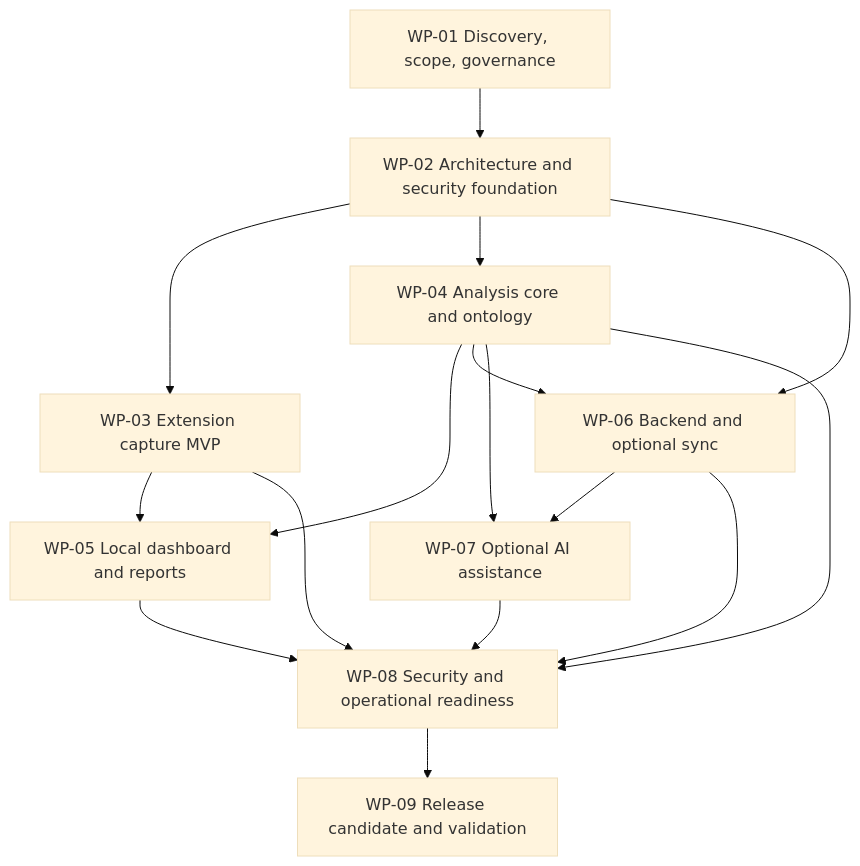
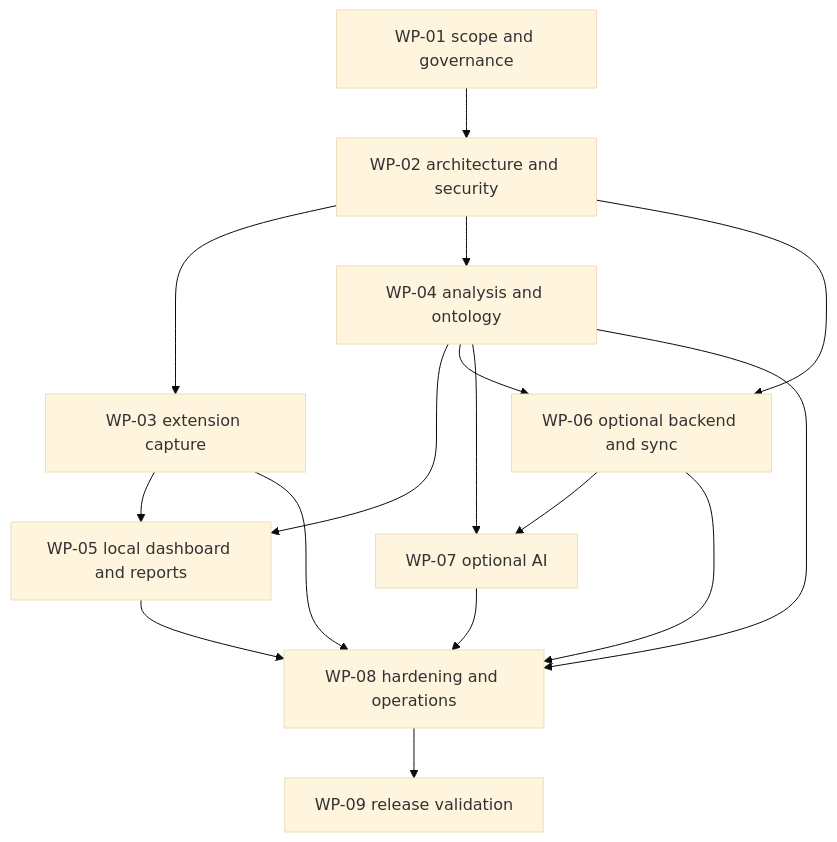
Before and after one commit to phooriwat3/jobskill-radar: the diagram in docs/plans/master-plan.md, drawn with Mermaid (base theme). The commit also changed other lines of this file and 28 other files, not shown here.

````diff
--- a/docs/plans/master-plan.md
+++ b/docs/plans/master-plan.md
@@ -67,18 +120,18 @@
-```mermaid
+~~~mermaid
 flowchart TD
-  WP01[WP-01 Discovery, scope, governance] --> WP02[WP-02 Architecture and security foundation]
-  WP02 --> WP03[WP-03 Extension capture MVP]
-  WP02 --> WP04[WP-04 Analysis core and ontology]
-  WP03 --> WP05[WP-05 Local dashboard and reports]
+  WP01[WP-01 scope and governance] --> WP02[WP-02 architecture and security]
+  WP02 --> WP03[WP-03 extension capture]
+  WP02 --> WP04[WP-04 analysis and ontology]
+  WP03 --> WP05[WP-05 local dashboard and reports]
   WP04 --> WP05
-  WP02 --> WP06[WP-06 Backend and optional sync]
+  WP02 --> WP06[WP-06 optional backend and sync]
   WP04 --> WP06
-  WP04 --> WP07[WP-07 Optional AI assistance]
+  WP04 --> WP07[WP-07 optional AI]
   WP06 --> WP07
-  WP03 --> WP08[WP-08 Security and operational readiness]
+  WP03 --> WP08[WP-08 hardening and operations]
   WP04 --> WP08
   WP05 --> WP08
   WP06 --> WP08
   WP07 --> WP08
-  WP08 --> WP09[WP-09 Release candidate and validation]
-```
+  WP08 --> WP09[WP-09 release validation]
+~~~
````
